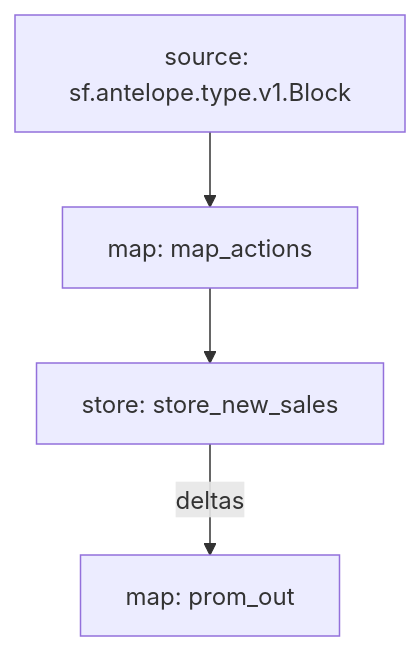
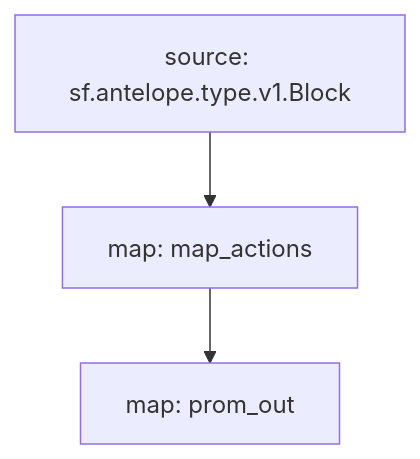
One commit to pinax-network/substreams changed the diagram in atomicmarket/README.md. Above: the diagram before and after it, drawn with Mermaid. The commit also changed other lines of this file and 4 other files, not shown here.

````diff
--- a/atomicmarket/README.md
+++ b/atomicmarket/README.md
@@ -20,9 +20,7 @@
 ```mermaid
 graph TD;
   map_actions[map: map_actions]
   sf.antelope.type.v1.Block[source: sf.antelope.type.v1.Block] --> map_actions
-  store_new_sales[store: store_new_sales]
-  map_actions --> store_new_sales
   prom_out[map: prom_out]
-  store_new_sales -- deltas --> prom_out
+  map_actions --> prom_out
 ```
````
